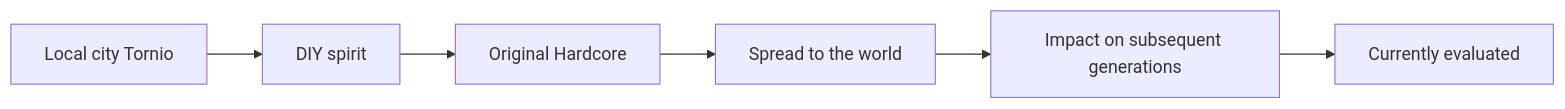
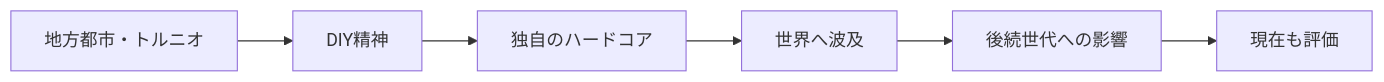
Before and after one commit to monumental-movement/monumental-movement.github.io: diagram 13 of 13 in en/_posts/2026-07-13-column-terveet-kadet.md, drawn with Mermaid. The commit also changed other lines of this file and 2196 other files, not shown here.

```diff
--- a/en/_posts/2026-07-13-column-terveet-kadet.md
+++ b/en/_posts/2026-07-13-column-terveet-kadet.md
@@ -709,16 +708,16 @@
 <div class="mermaid">
 graph LR
-A["Local city Tornio"]
-B["DIY spirit"]
-C["Original Hardcore"]
-D["Spread to the world"]
-E["Impact on subsequent generations"]
-F["Currently evaluated"]
+A["地方都市・トルニオ"]
+B["DIY精神"]
+C["独自のハードコア"]
+D["世界へ波及"]
+E["後続世代への影響"]
+F["現在も評価"]
 
 A --> B
 B --> C
 C --> D
 D --> E
 E --> F
 
 </div>
```
